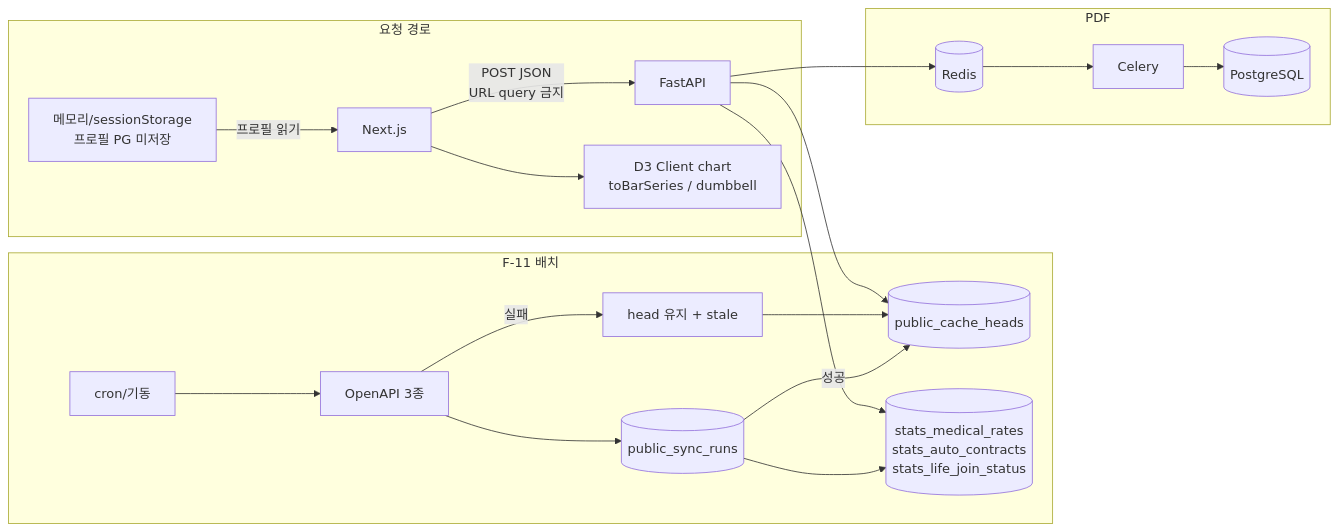
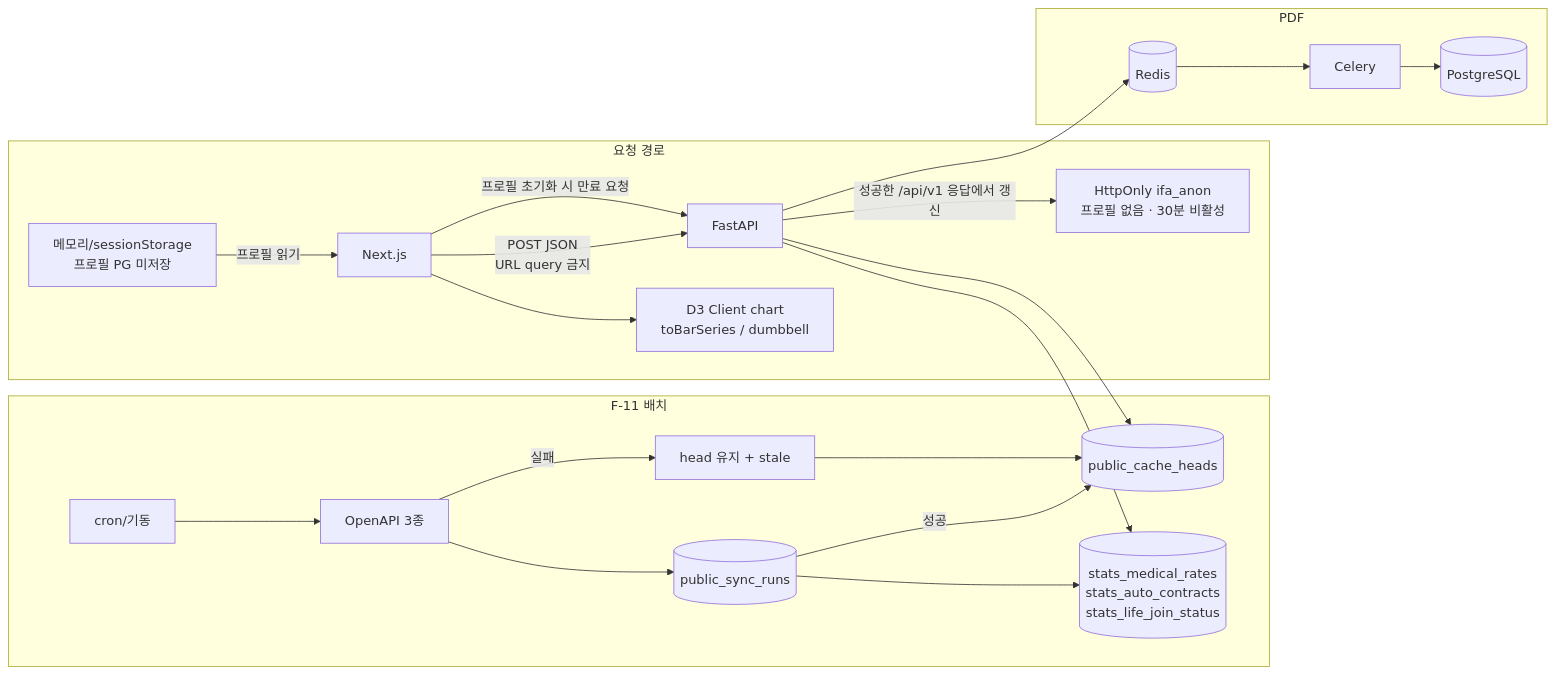
One commit to meustar/InsuranceForAll changed the second of 3 diagrams in FLOWCHARTS.md. Above: the diagram before and after it, drawn with Mermaid. The commit also changed 33 other files, not shown here.

````diff
--- a/FLOWCHARTS.md
+++ b/FLOWCHARTS.md
@@ -87,33 +87,36 @@
 ```mermaid
 flowchart LR
   subgraph sync["F-11 배치"]
     CRON[cron/기동]
     PORTAL[OpenAPI 3종]
     RUNS[(public_sync_runs)]
     HEAD[(public_cache_heads)]
     STATS[("stats_medical_rates<br/>stats_auto_contracts<br/>stats_life_join_status")]
     CRON --> PORTAL --> RUNS --> STATS
     RUNS -->|성공| HEAD
     PORTAL -->|실패| STALE[head 유지 + stale]
     STALE --> HEAD
   end
 
   subgraph app["요청 경로"]
     WEB[Next.js]
     API[FastAPI]
     SESSION["메모리/sessionStorage<br/>프로필 PG 미저장"]
+    COOKIE["HttpOnly ifa_anon<br/>프로필 없음 · 30분 비활성"]
     D3["D3 Client chart<br/>toBarSeries / dumbbell"]
     SESSION -->|프로필 읽기| WEB
     WEB -->|"POST JSON<br/>URL query 금지"| API
+    API -->|성공한 /api/v1 응답에서 갱신| COOKIE
+    WEB -->|프로필 초기화 시 만료 요청| API
     API --> HEAD
     API --> STATS
     WEB --> D3
   end
 
   subgraph pdf["PDF"]
     Q[(Redis)]
     W[Celery]
     PG[(PostgreSQL)]
     API --> Q --> W --> PG
   end
 ```
````
